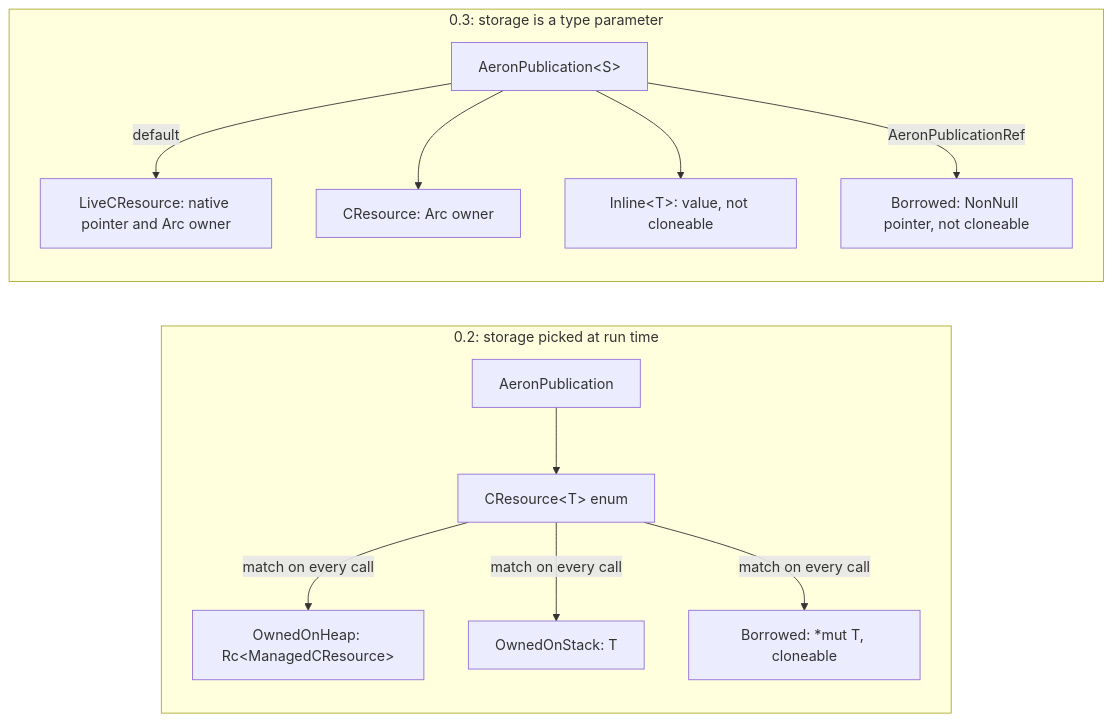
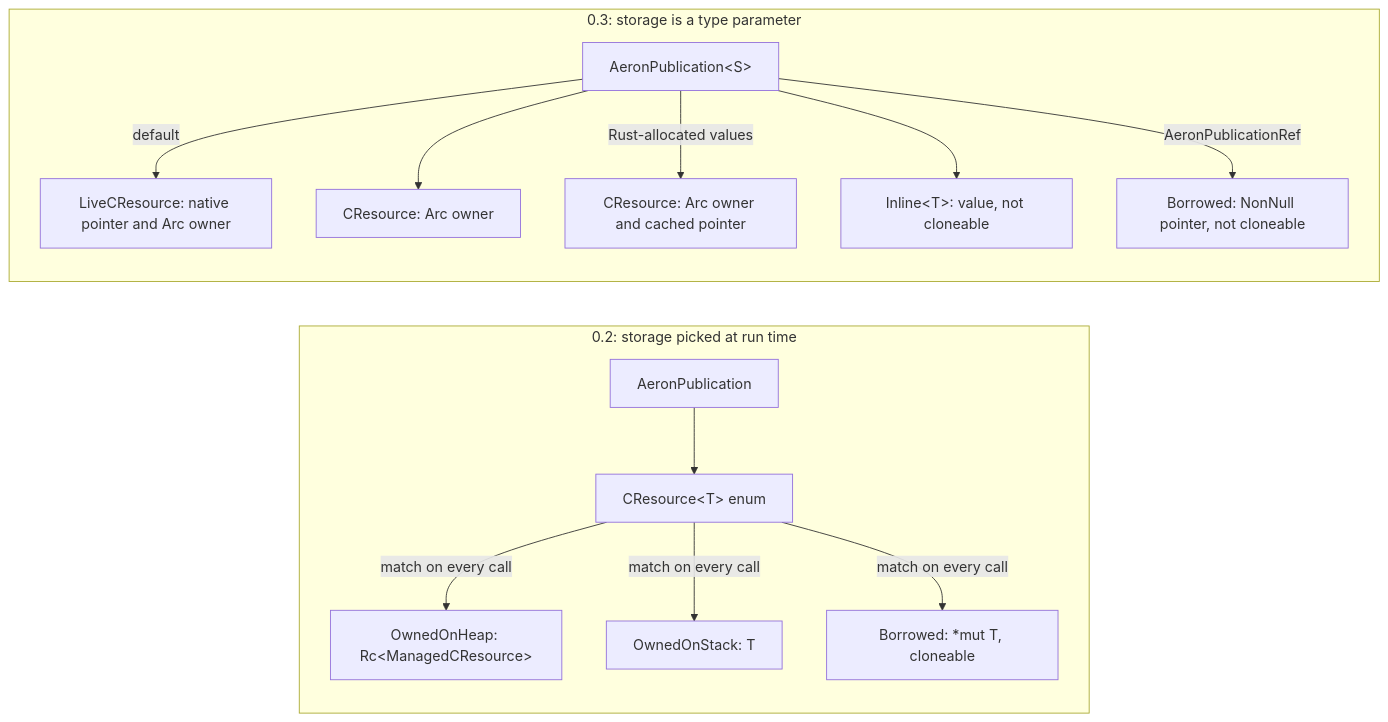
Before and after one commit to gsrxyz/rusteron: the first of 2 diagrams in docs/migrating_0.2_to_0.3.md, drawn with Mermaid. The commit also changed other lines of this file and 4 other files, not shown here.

````diff
--- a/docs/migrating_0.2_to_0.3.md
+++ b/docs/migrating_0.2_to_0.3.md
@@ -93,15 +93,16 @@
 ```mermaid
 flowchart LR
   subgraph v02["0.2: storage picked at run time"]
     P2["AeronPublication"] --> E["CResource#lt;T#gt; enum"]
     E -->|match on every call| H["OwnedOnHeap: Rc#lt;ManagedCResource#gt;"]
     E -->|match on every call| S["OwnedOnStack: T"]
     E -->|match on every call| B2["Borrowed: *mut T, cloneable"]
   end
   subgraph v03["0.3: storage is a type parameter"]
     P3["AeronPublication#lt;S#gt;"] -->|default| L["LiveCResource: native pointer and Arc owner"]
     P3 --> C["CResource: Arc owner"]
+    P3 -->|Rust-allocated values| CV["CResource: Arc owner and cached pointer"]
     P3 --> I["Inline#lt;T#gt;: value, not cloneable"]
     P3 -->|AeronPublicationRef| B3["Borrowed: NonNull pointer, not cloneable"]
   end
 ```
````
